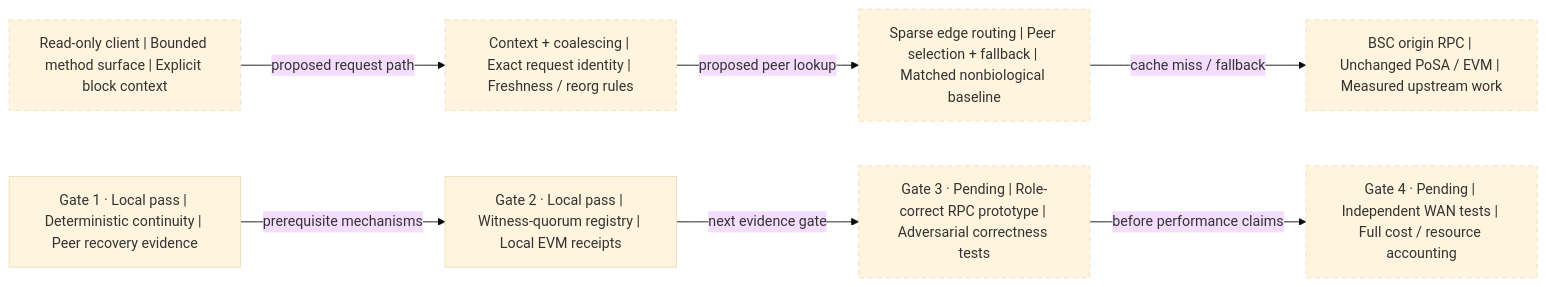
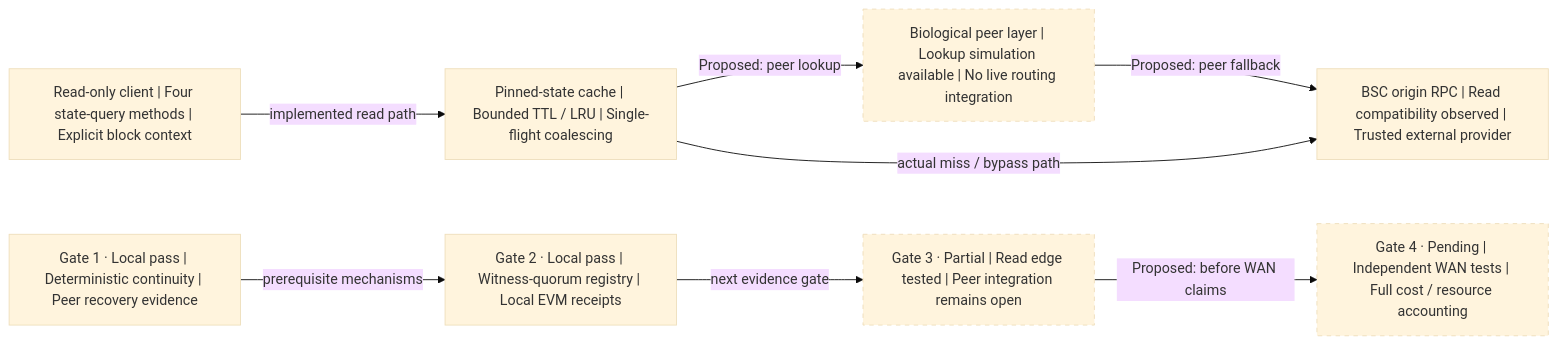
Before and after one commit to synafly/synafly-core: the diagram in docs/diagrams/bssr-gates.mmd, drawn with Mermaid (base theme). The commit also changed 38 other files, not shown here.

First line of the commit message:
feat: add bounded read edge and topology experiments

```diff
--- a/docs/diagrams/bssr-gates.mmd
+++ b/docs/diagrams/bssr-gates.mmd
@@ -1,21 +1,19 @@
 flowchart LR
-  client["Read-only client | Bounded method surface | Explicit block context"]
-  style client stroke-dasharray:5 5
-  cache["Context + coalescing | Exact request identity | Freshness / reorg rules"]
-  style cache stroke-dasharray:5 5
-  route["Sparse edge routing | Peer selection + fallback | Matched nonbiological baseline"]
+  client["Read-only client | Four state-query methods | Explicit block context"]
+  cache["Pinned-state cache | Bounded TTL / LRU | Single-flight coalescing"]
+  route["Biological peer layer | Lookup simulation available | No live routing integration"]
   style route stroke-dasharray:5 5
-  origin["BSC origin RPC | Unchanged PoSA / EVM | Measured upstream work"]
-  style origin stroke-dasharray:5 5
+  origin["BSC origin RPC | Read compatibility observed | Trusted external provider"]
   g1["Gate 1 · Local pass | Deterministic continuity | Peer recovery evidence"]
   g2["Gate 2 · Local pass | Witness-quorum registry | Local EVM receipts"]
-  g3["Gate 3 · Pending | Role-correct RPC prototype | Adversarial correctness tests"]
+  g3["Gate 3 · Partial | Read edge tested | Peer integration remains open"]
   style g3 stroke-dasharray:5 5
   g4["Gate 4 · Pending | Independent WAN tests | Full cost / resource accounting"]
   style g4 stroke-dasharray:5 5
-  client -->|"proposed request path"| cache
-  cache -->|"proposed peer lookup"| route
-  route -->|"cache miss / fallback"| origin
+  client -->|"implemented read path"| cache
+  cache -->|"Proposed: peer lookup"| route
+  route -->|"Proposed: peer fallback"| origin
+  cache -->|"actual miss / bypass path"| origin
   g1 -->|"prerequisite mechanisms"| g2
   g2 -->|"next evidence gate"| g3
-  g3 -->|"before performance claims"| g4
+  g3 -->|"Proposed: before WAN claims"| g4
```
